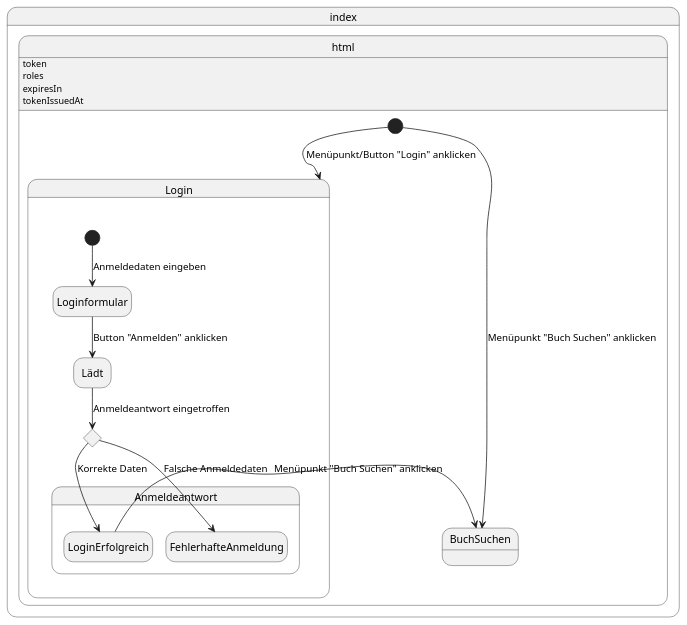
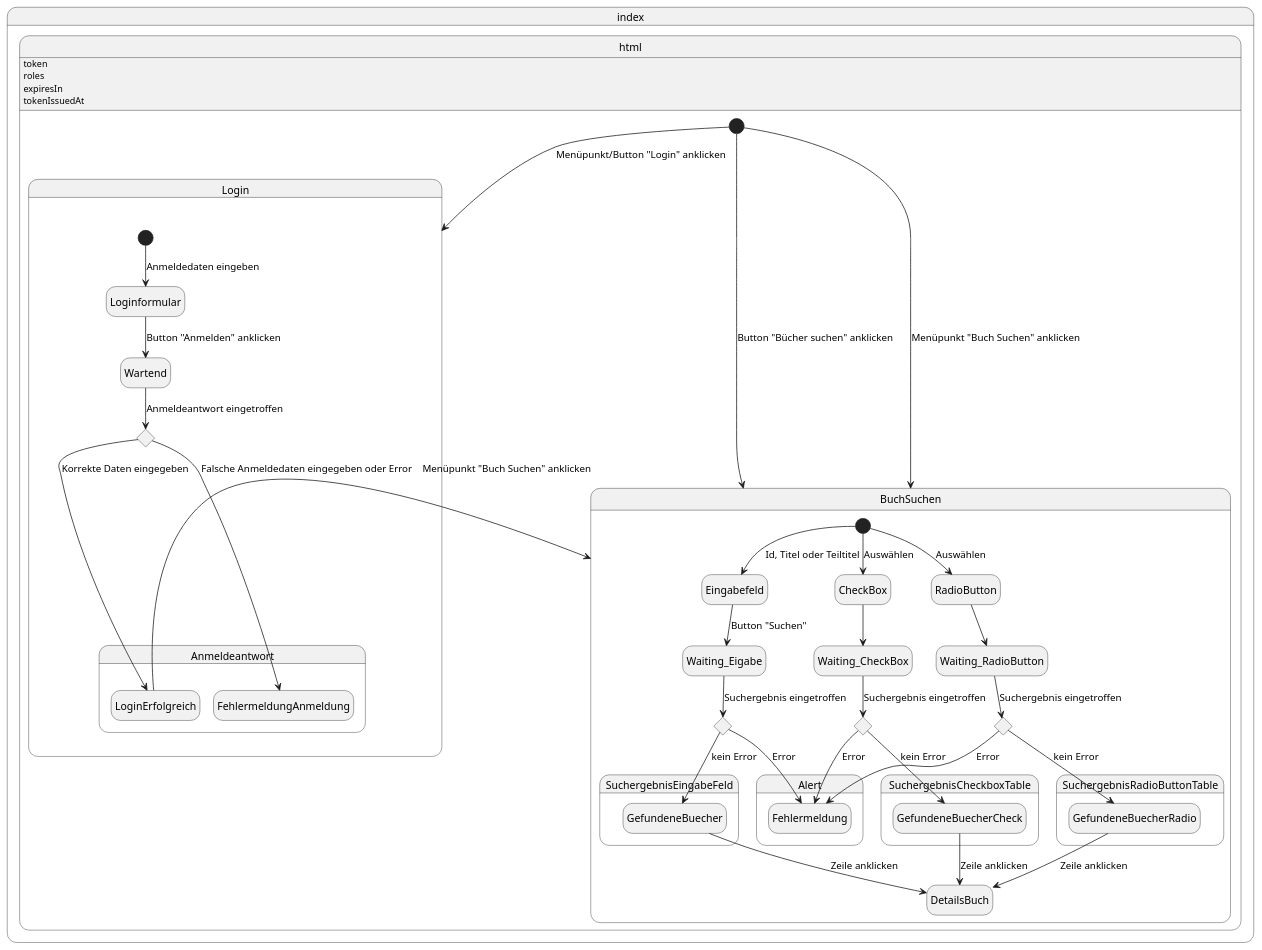
One commit to Atomfried13/swe_abgabe_2_webserver changed the diagram in doc/zustandsdiagramm-ausgeloggt-kunde.plantuml. Above: the diagram before and after it, drawn with PlantUML.

Commit message:
Add: Zustandsdiagramm Kunde ausgeloggt

```diff
--- a/doc/zustandsdiagramm-ausgeloggt-kunde.plantuml
+++ b/doc/zustandsdiagramm-ausgeloggt-kunde.plantuml
@@ -1,34 +1,74 @@
 @startuml Zustandsdiagramm - Kunde ist ausgeloggt
 
 hide empty description
 
 state index.html {
     index.html: token
     index.html: roles
     index.html: expiresIn
     index.html: tokenIssuedAt
 
     [*] -down-> Login: Menüpunkt/Button "Login" anklicken
+    [*] --> BuchSuchen: Button "Bücher suchen" anklicken
     [*] -down-> BuchSuchen: Menüpunkt "Buch Suchen" anklicken
 
     state Login {
         [*] --> Loginformular: Anmeldedaten eingeben
-        Loginformular --> Lädt: Button "Anmelden" anklicken
+        Loginformular --> Wartend: Button "Anmelden" anklicken
         state AnmeldungAntwortChoice <<choice>>
-        Lädt --> AnmeldungAntwortChoice: Anmeldeantwort eingetroffen
+        Wartend --> AnmeldungAntwortChoice: Anmeldeantwort eingetroffen
 
         state Anmeldeantwort {
-            AnmeldungAntwortChoice --> LoginErfolgreich: Korrekte Daten
-            AnmeldungAntwortChoice --> FehlerhafteAnmeldung: Falsche Anmeldedaten
+            AnmeldungAntwortChoice --> LoginErfolgreich: Korrekte Daten eingegeben
+            AnmeldungAntwortChoice --> FehlermeldungAnmeldung: Falsche Anmeldedaten eingegeben oder Error
         }
     }
     LoginErfolgreich -right-> BuchSuchen : Menüpunkt "Buch Suchen" anklicken
 
     state BuchSuchen {
 
     }
+    Login -right[hidden]-> BuchSuchen
 
-    Login -right[hidden]-> BuchSuchen
+
+    state BuchSuchen {
+        [*] --> Eingabefeld: Id, Titel oder Teiltitel
+        Eingabefeld --> Waiting_Eigabe : Button "Suchen"
+        state SuchergebnisEingabe <<choice>>
+        Waiting_Eigabe --> SuchergebnisEingabe: Suchergebnis eingetroffen
+
+        state SuchergebnisEingabeFeld {
+            SuchergebnisEingabe --> GefundeneBuecher: kein Error
+        }
+
+        [*] -right--> RadioButton: Auswählen
+        RadioButton --> Waiting_RadioButton
+         state SuchergebnisRadioButton <<choice>>
+         Waiting_RadioButton --> SuchergebnisRadioButton: Suchergebnis eingetroffen
+
+        state SuchergebnisRadioButtonTable {
+            SuchergebnisRadioButton --> GefundeneBuecherRadio: kein Error
+        }
+
+        [*] --> CheckBox: Auswählen
+        CheckBox --> Waiting_CheckBox
+        state SuchergebnisCheckBox <<choice>>
+         Waiting_CheckBox --> SuchergebnisCheckBox: Suchergebnis eingetroffen
+
+         state SuchergebnisCheckboxTable {
+            SuchergebnisCheckBox --> GefundeneBuecherCheck: kein Error
+        }
+
+        state Alert {
+            SuchergebnisRadioButton --> Fehlermeldung: Error
+            SuchergebnisEingabe --> Fehlermeldung: Error
+            SuchergebnisCheckBox --> Fehlermeldung: Error
+        }
+
+         GefundeneBuecher -down-> DetailsBuch: Zeile anklicken
+         GefundeneBuecherRadio -down-> DetailsBuch: Zeile anklicken
+         GefundeneBuecherCheck -down-> DetailsBuch: Zeile anklicken
+    }
 }
 
 @enduml
```
